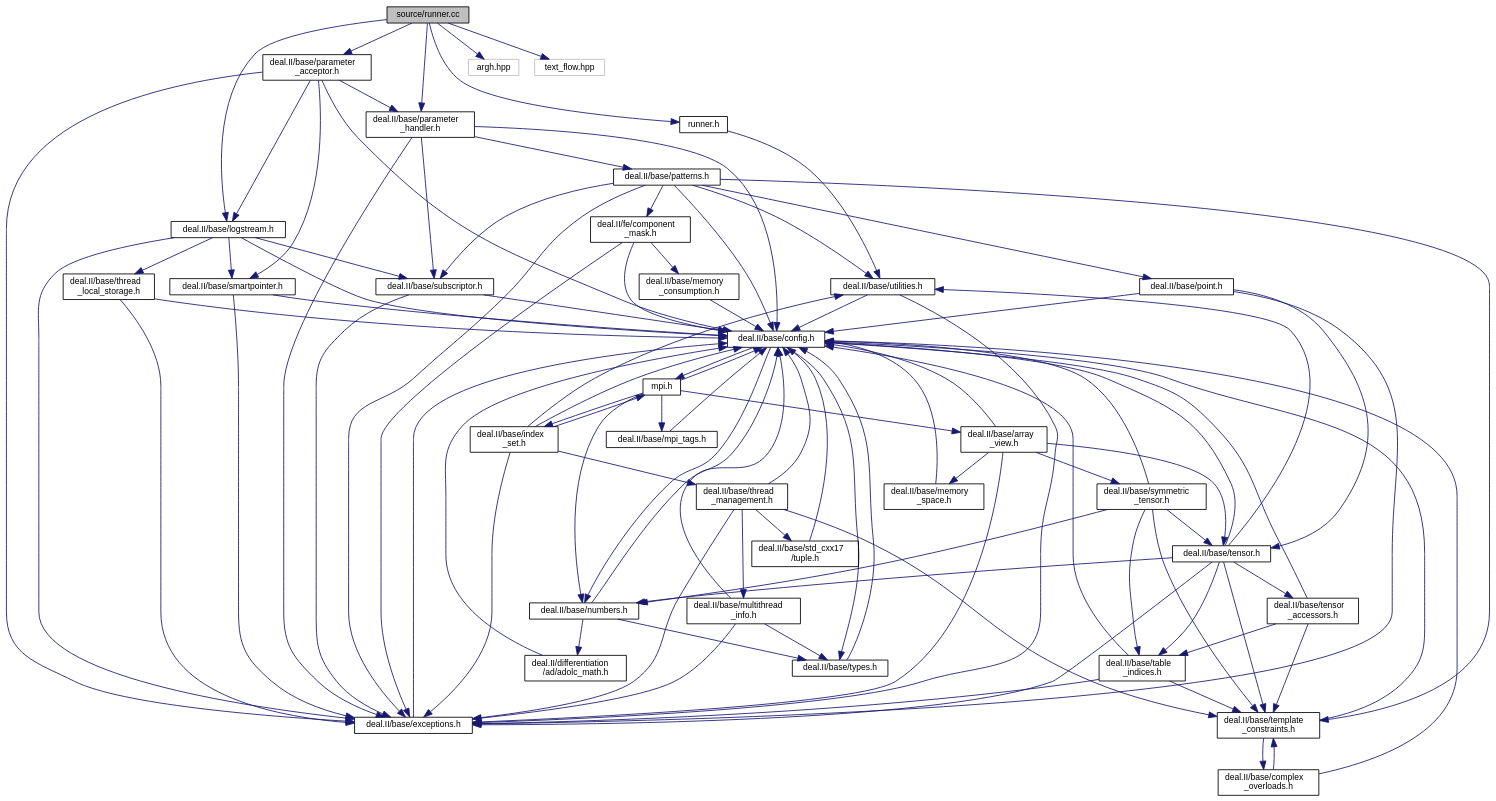
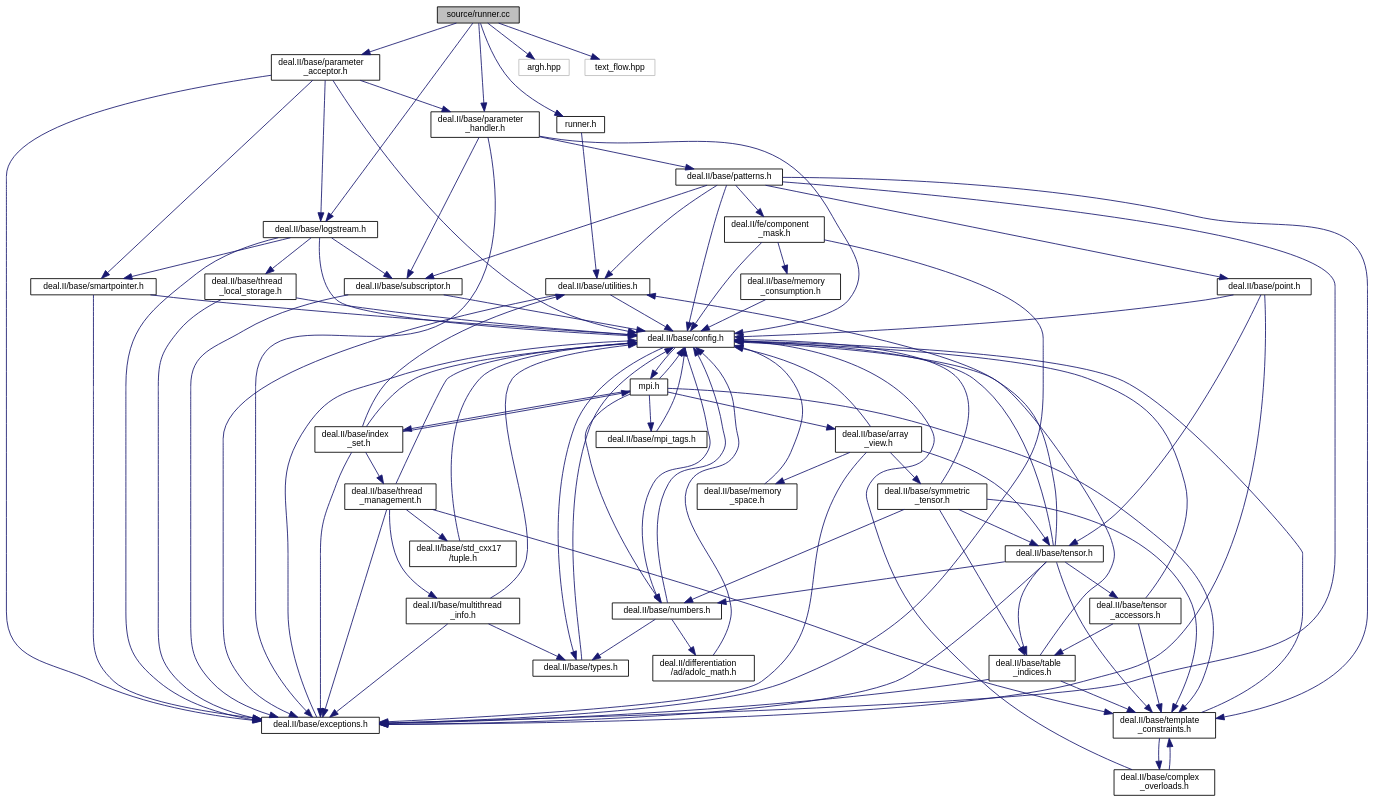
One commit to luca-heltai/fsi-suite changed the diagram in runner_8cc__incl.dot. Above: the diagram before and after it, drawn with Graphviz. The commit also changed 789 other files, not shown here.

```diff
--- a/runner_8cc__incl.dot
+++ b/runner_8cc__incl.dot
@@ -84,6 +84,7 @@
   Node22 [label="deal.II/base/mpi_tags.h",height=0.2,width=0.4,color="black",URL="/__w/fsi-suite/fsi-suite/deal.tag$mpi__tags_8h.html",tooltip=" "];
   Node22 -> Node4 [color="midnightblue",fontsize="10",style="solid",fontname="Helvetica"];
   Node5 -> Node10 [color="midnightblue",fontsize="10",style="solid",fontname="Helvetica"];
+  Node5 -> Node14 [color="midnightblue",fontsize="10",style="solid",fontname="Helvetica"];
   Node4 -> Node10 [color="midnightblue",fontsize="10",style="solid",fontname="Helvetica"];
   Node4 -> Node11 [color="midnightblue",fontsize="10",style="solid",fontname="Helvetica"];
   Node3 -> Node7 [color="midnightblue",fontsize="10",style="solid",fontname="Helvetica"];
```
